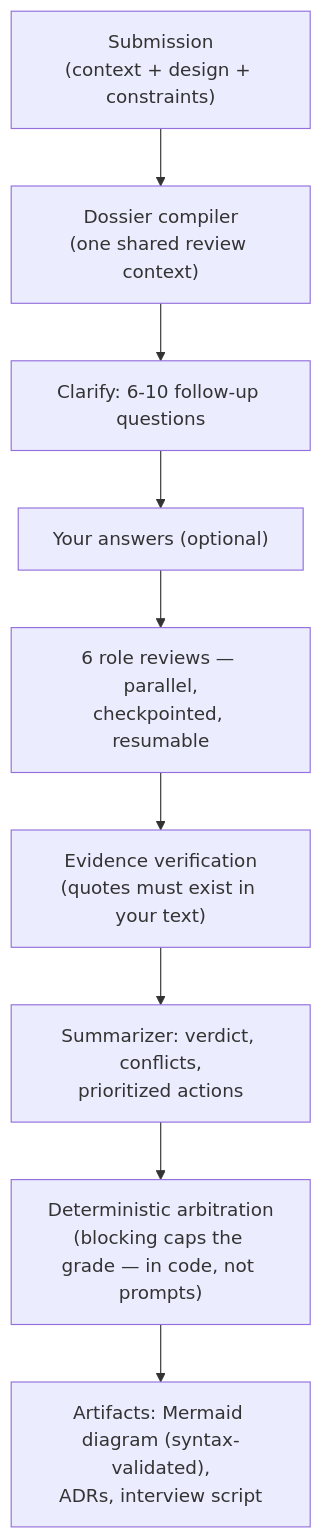
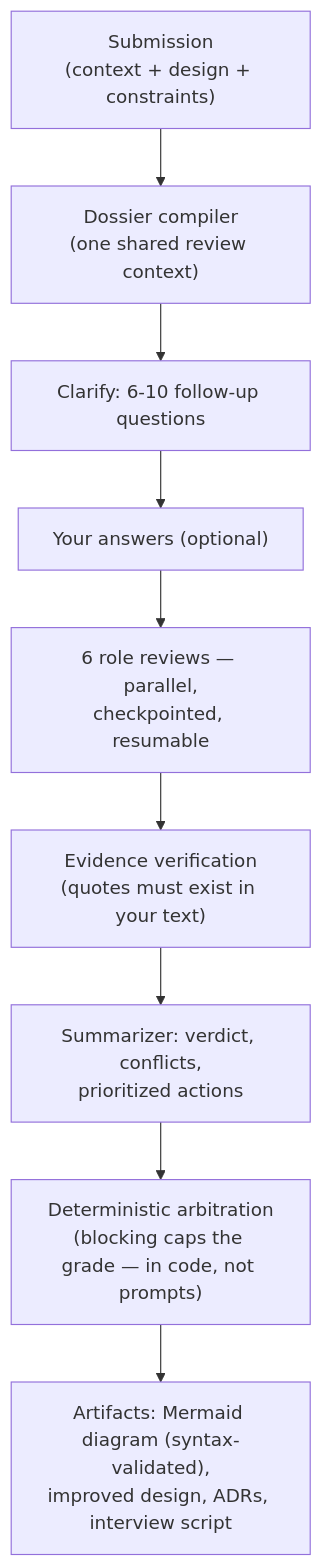
One commit to jindawn/archcoach changed the diagram in README.md. Above: the diagram before and after it, drawn with Mermaid. The commit also changed other lines of this file and 8 other files, not shown here.

Commit message:
feat: generate improved architecture solutions

````diff
--- a/README.md
+++ b/README.md
@@ -64,11 +64,11 @@
 ```mermaid
 flowchart TB
     A["Submission<br/>(context + design + constraints)"] --> B["Dossier compiler<br/>(one shared review context)"]
     B --> C["Clarify: 6-10 follow-up questions"]
     C --> D["Your answers (optional)"]
     D --> E["6 role reviews — parallel,<br/>checkpointed, resumable"]
     E --> F["Evidence verification<br/>(quotes must exist in your text)"]
     F --> G["Summarizer: verdict, conflicts,<br/>prioritized actions"]
     G --> H["Deterministic arbitration<br/>(blocking caps the grade — in code, not prompts)"]
-    H --> I["Artifacts: Mermaid diagram (syntax-validated),<br/>ADRs, interview script"]
+    H --> I["Artifacts: Mermaid diagram (syntax-validated),<br/>improved design, ADRs, interview script"]
 ```
````
